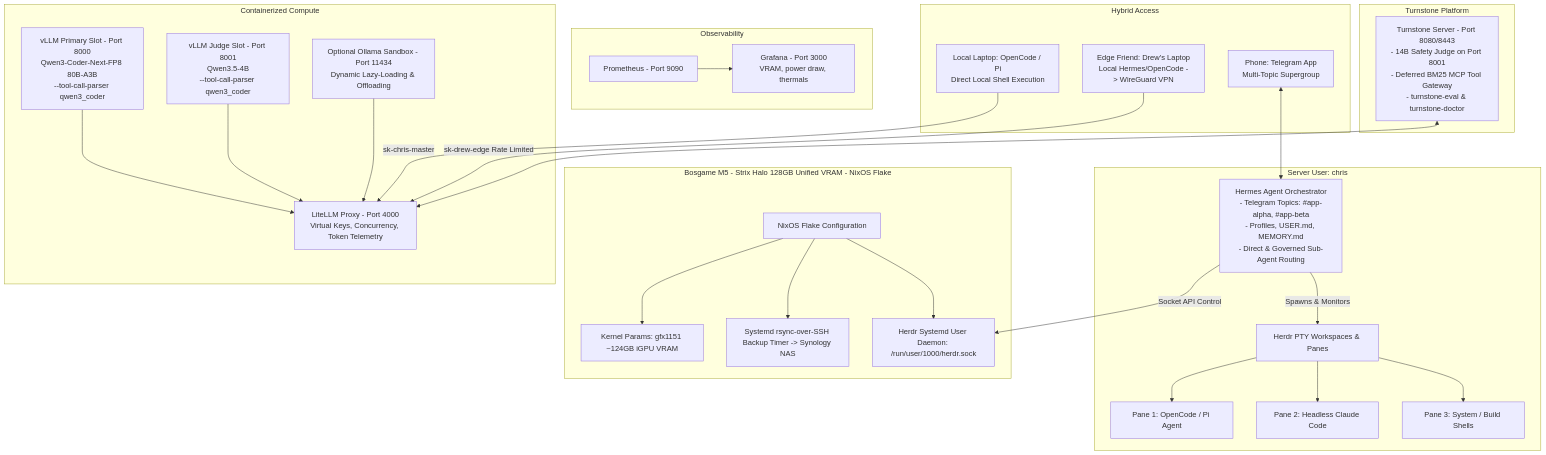
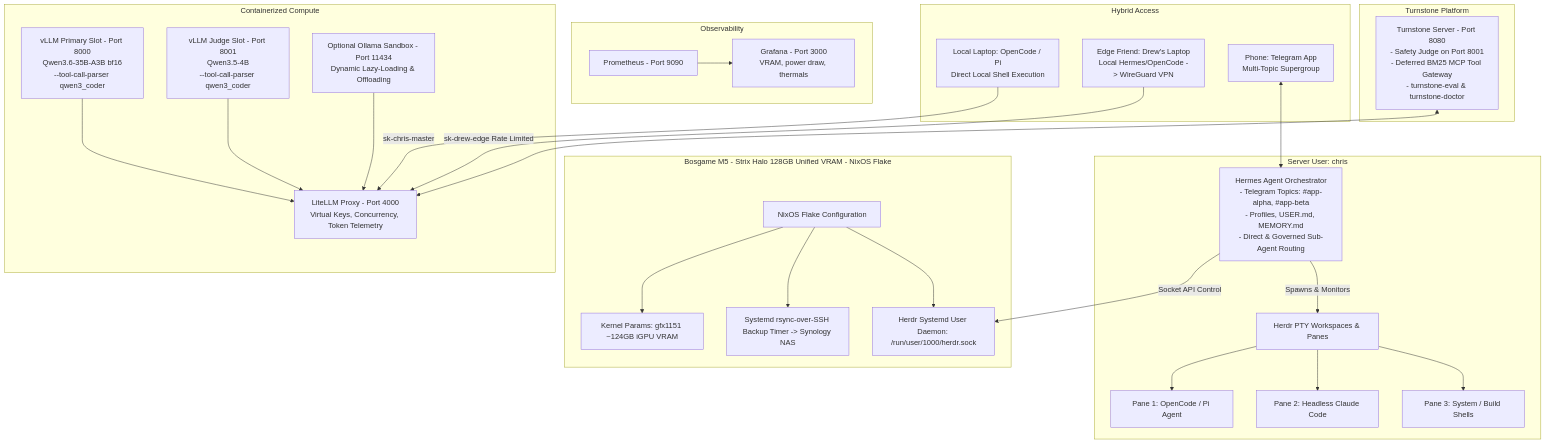
The first of 2 diagrams in README.md (chrisjohnson/local-ai-machine), drawn with Mermaid before and after one commit. The commit also changed other lines of this file, not shown here.

First line of the commit message:
Sync README with same-day pivot: Qwen3.6-35B-A3B swap, corrected image refs

````diff
--- a/README.md
+++ b/README.md
@@ -51,57 +53,57 @@
 ```mermaid
 flowchart TD
     subgraph Host OS & Hardware [Bosgame M5 - Strix Halo 128GB Unified VRAM - NixOS Flake]
         A[NixOS Flake Configuration] --> B[Kernel Params: gfx1151 ~124GB iGPU VRAM]
         A --> C[Systemd rsync-over-SSH Backup Timer -> Synology NAS]
         A --> D[Herdr Systemd User Daemon: /run/user/1000/herdr.sock]
     end
 
     subgraph Inference & Gateway Layer [Containerized Compute]
-        E[vLLM Primary Slot - Port 8000\nQwen3-Coder-Next-FP8 80B-A3B\n--tool-call-parser qwen3_coder]
+        E[vLLM Primary Slot - Port 8000\nQwen3.6-35B-A3B bf16\n--tool-call-parser qwen3_coder]
         F[vLLM Judge Slot - Port 8001\nQwen3.5-4B\n--tool-call-parser qwen3_coder]
         G[Optional Ollama Sandbox - Port 11434\nDynamic Lazy-Loading & Offloading]
 
         H[LiteLLM Proxy - Port 4000\nVirtual Keys, Concurrency, Token Telemetry]
 
         E --> H
         F --> H
         G --> H
     end
 
     subgraph Governance & Tool Services [Turnstone Platform]
-        I[Turnstone Server - Port 8080/8443\n- 14B Safety Judge on Port 8001\n- Deferred BM25 MCP Tool Gateway\n- turnstone-eval & turnstone-doctor]
+        I[Turnstone Server - Port 8080\n- Safety Judge on Port 8001\n- Deferred BM25 MCP Tool Gateway\n- turnstone-eval & turnstone-doctor]
         I <--> H
     end
 
     subgraph User Workspace & Control Plane [Server User: chris]
         J[Hermes Agent Orchestrator\n- Telegram Topics: #app-alpha, #app-beta\n- Profiles, USER.md, MEMORY.md\n- Direct & Governed Sub-Agent Routing]
 
         K[Herdr PTY Workspaces & Panes]
         K1[Pane 1: OpenCode / Pi Agent]
         K2[Pane 2: Headless Claude Code]
         K3[Pane 3: System / Build Shells]
 
         K --> K1
         K --> K2
         K --> K3
 
         J -- Socket API Control --> D
         J -- Spawns & Monitors --> K
     end
 
     subgraph Telemetry [Observability]
         P[Prometheus - Port 9090]
         Q[Grafana - Port 3000\nVRAM, power draw, thermals]
         P --> Q
     end
 
     subgraph External Clients & Multi-Tenancy [Hybrid Access]
         L[Local Laptop: OpenCode / Pi\nDirect Local Shell Execution]
         M[Edge Friend: Drew's Laptop\nLocal Hermes/OpenCode -> WireGuard VPN]
         N[Phone: Telegram App\nMulti-Topic Supergroup]
 
         L -- sk-chris-master --> H
         M -- sk-drew-edge Rate Limited --> H
         N <--> J
     end
 ```
````
